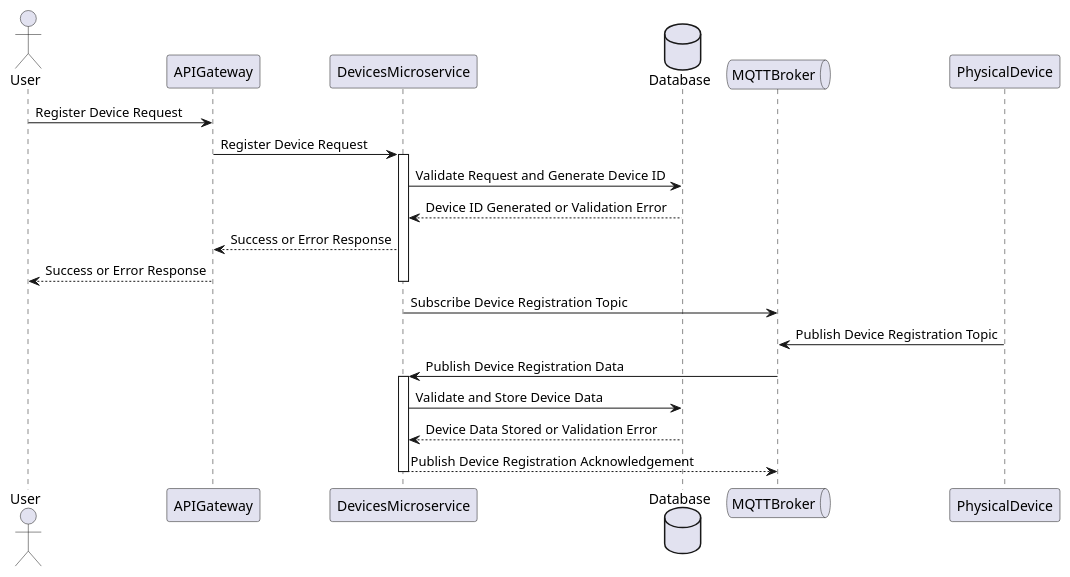
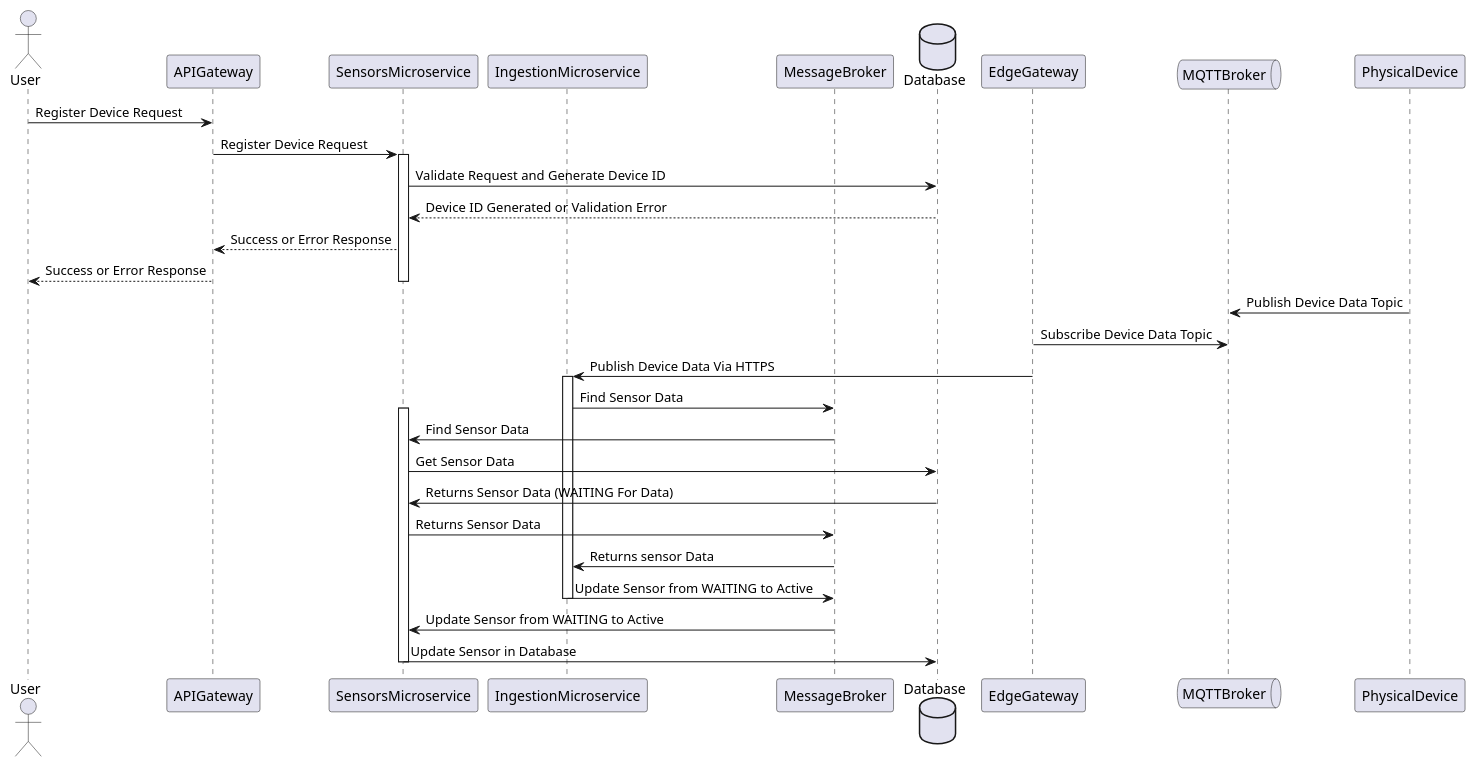
Before and after one commit to tesis-dobregon/tesis-unal: the diagram in diagrams/poc/device/registration.puml, drawn with PlantUML. The commit also changed 18 other files, not shown here.

First line of the commit message:
Update diagrams (#20)

```diff
--- a/diagrams/poc/device/registration.puml
+++ b/diagrams/poc/device/registration.puml
@@ -1,26 +1,37 @@
 @startuml
 actor User as ApplicationUser
 participant APIGateway
-participant DevicesMicroservice
+participant SensorsMicroservice
+participant IngestionMicroservice
+participant MessageBroker
 database Database
+participant EdgeGateway
 queue MQTTBroker
 participant PhysicalDevice
 
 ApplicationUser -> APIGateway: Register Device Request
-APIGateway -> DevicesMicroservice: Register Device Request
-activate DevicesMicroservice
-DevicesMicroservice -> Database: Validate Request and Generate Device ID
-Database --> DevicesMicroservice: Device ID Generated or Validation Error
-DevicesMicroservice --> APIGateway: Success or Error Response
+APIGateway -> SensorsMicroservice: Register Device Request
+activate SensorsMicroservice
+SensorsMicroservice -> Database: Validate Request and Generate Device ID
+Database --> SensorsMicroservice: Device ID Generated or Validation Error
+SensorsMicroservice --> APIGateway: Success or Error Response
 APIGateway --> ApplicationUser: Success or Error Response
-deactivate DevicesMicroservice
-
-DevicesMicroservice -> MQTTBroker: Subscribe Device Registration Topic
-PhysicalDevice -> MQTTBroker: Publish Device Registration Topic
-MQTTBroker -> DevicesMicroservice: Publish Device Registration Data
-activate DevicesMicroservice
-DevicesMicroservice -> Database: Validate and Store Device Data
-Database --> DevicesMicroservice: Device Data Stored or Validation Error
-DevicesMicroservice --> MQTTBroker: Publish Device Registration Acknowledgement
-deactivate DevicesMicroservice
+deactivate SensorsMicroservice
+ 
+PhysicalDevice -> MQTTBroker: Publish Device Data Topic
+EdgeGateway -> MQTTBroker: Subscribe Device Data Topic
+EdgeGateway -> IngestionMicroservice: Publish Device Data Via HTTPS
+activate IngestionMicroservice
+IngestionMicroservice -> MessageBroker: Find Sensor Data
+activate SensorsMicroservice
+MessageBroker -> SensorsMicroservice: Find Sensor Data
+SensorsMicroservice -> Database: Get Sensor Data
+Database -> SensorsMicroservice: Returns Sensor Data (WAITING For Data)
+SensorsMicroservice -> MessageBroker:  Returns Sensor Data
+MessageBroker -> IngestionMicroservice:  Returns sensor Data
+IngestionMicroservice -> MessageBroker: Update Sensor from WAITING to Active
+deactivate IngestionMicroservice
+MessageBroker -> SensorsMicroservice: Update Sensor from WAITING to Active
+SensorsMicroservice -> Database: Update Sensor in Database
+deactivate SensorsMicroservice
 @enduml
```
